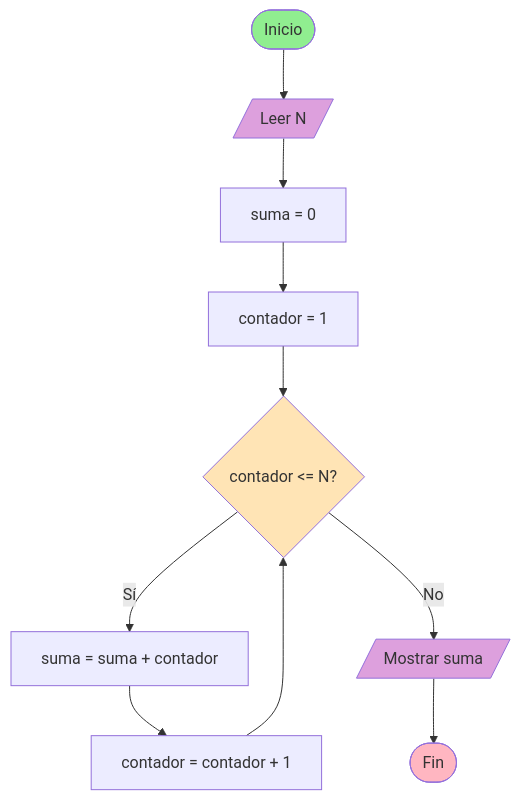
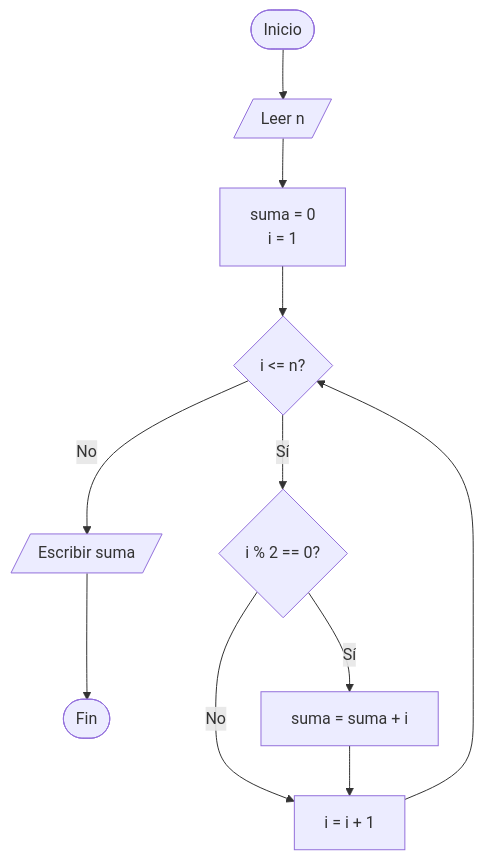
Before and after one commit to INGCOM-UNRN-P1/INGCOM-UNRN-P1.github.io: diagram 16 of 16 in apunte/1_base.md, drawn with Mermaid. The commit also changed other lines of this file, not shown here.

````diff
--- a/apunte/1_base.md
+++ b/apunte/1_base.md
@@ -1261,18 +1419,13 @@
-```{mermaid}
-flowchart TD
-    Start([Inicio]) --> InN[/Leer N/]
-    InN --> Init1[suma = 0]
-    Init1 --> Init2[contador = 1]
-    Init2 --> Check{contador <= N?}
-    Check -->|Sí| Add[suma = suma + contador]
-    Add --> Inc[contador = contador + 1]
-    Inc --> Check
-    Check -->|No| Out[/Mostrar suma/]
-    Out --> End([Fin])
-    
-    style Start fill:#90EE90
-    style End fill:#FFB6C1
-    style Check fill:#FFE4B5
-    style InN fill:#DDA0DD
-    style Out fill:#DDA0DD
-```
+    ```mermaid
+    flowchart TD
+        Start([Inicio]) --> Input[/Leer n/]
+        Input --> Init[suma = 0<br/>i = 1]
+        Init --> Loop{i <= n?}
+        Loop -->|No| Output[/Escribir suma/]
+        Output --> End([Fin])
+        Loop -->|Sí| Check{i % 2 == 0?}
+        Check -->|Sí| Add[suma = suma + i]
+        Check -->|No| Inc[i = i + 1]
+        Add --> Inc
+        Inc --> Loop
+    ```
````
